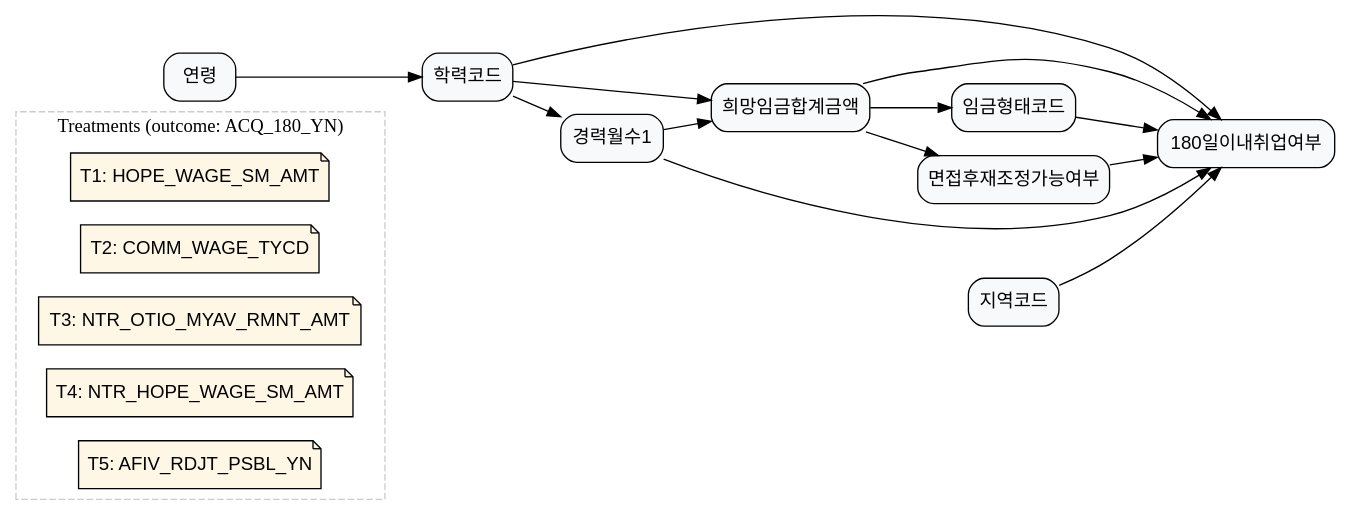
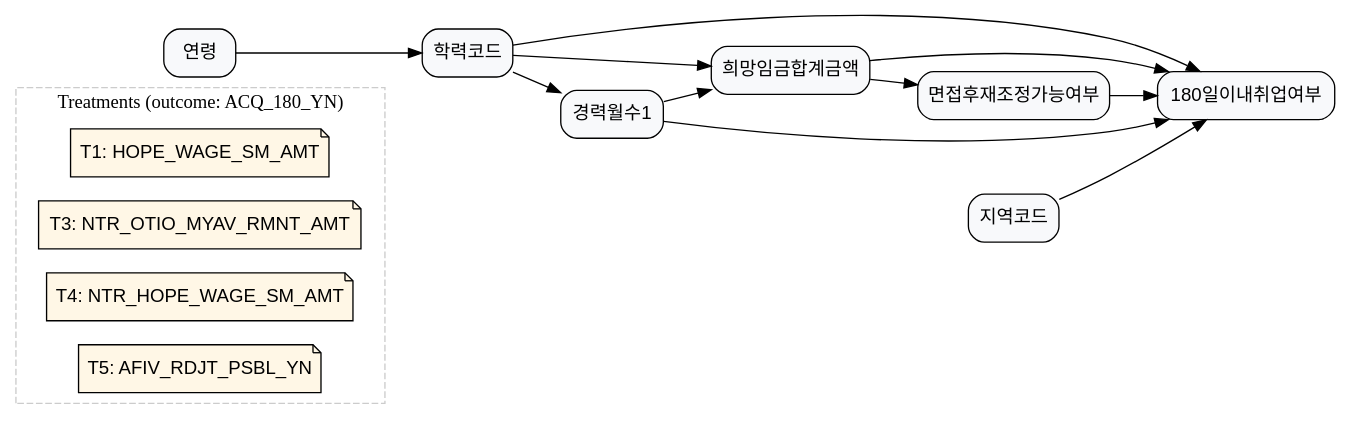
Before and after one commit to KU-LIM-Lab/dowhy-deep: the diagram in laborlab_2/data/graph_data/graph_4.dot, drawn with Graphviz. The commit also changed 17 other files, not shown here.

Commit message:
delete JO_DRNG_RATE, LAST_JSCD, COMM_WAGE_TYCD

```diff
--- a/laborlab_2/data/graph_data/graph_4.dot
+++ b/laborlab_2/data/graph_data/graph_4.dot
@@ -1,69 +1,60 @@
 digraph G {
 	graph [rankdir=LR];
 	node [fillcolor="#F8F9FB",
 		fontname=Helvetica,
 		shape=box,
 		style="rounded,filled"
 	];
 	subgraph cluster_treatments {
 		graph [color="#CCCCCC",
 			label="Treatments (outcome: ACQ_180_YN)",
 			style=dashed
 		];
 		node [fillcolor="#FFF7E6",
 			fontname=Helvetica,
 			shape=note,
 			style="rounded,filled"
 		];
 		T1	[label="T1: HOPE_WAGE_SM_AMT",
 			role=treatment_meta,
 			treatment_def="희망임금 수준 차이의 효과",
 			treatment_name=HOPE_WAGE_SM_AMT,
 			treatment_question="희망임금이 높은 사람과 낮은 사람의 6개월 내 취업 확률 차이?",
 			treatment_var=HOPE_WAGE_SM_AMT];
-		T2	[label="T2: COMM_WAGE_TYCD",
-			role=treatment_meta,
-			treatment_def="임금형태코드 차이의 효과",
-			treatment_name=COMM_WAGE_TYCD,
-			treatment_question="임금형태(월급/시급 등)가 다른 구직자 간 6개월 내 취업 확률 차이?",
-			treatment_var=COMM_WAGE_TYCD];
 		T3	[label="T3: NTR_OTIO_MYAV_RMNT_AMT",
 			role=treatment_meta,
 			treatment_def="직종×지역 중앙입직임금 수준 차이의 효과",
 			treatment_name=NTR_OTIO_MYAV_RMNT_AMT,
 			treatment_question="중앙 입직임금이 높은 환경과 낮은 환경의 구직자 6개월 내 취업 확률 차이?",
 			treatment_var=NTR_OTIO_MYAV_RMNT_AMT];
 		T4	[label="T4: NTR_HOPE_WAGE_SM_AMT",
 			role=treatment_meta,
 			treatment_def="직종×지역 중앙희망임금 수준 차이의 효과",
 			treatment_name=NTR_HOPE_WAGE_SM_AMT,
 			treatment_question="주변 구직자들의 중앙 희망임금이 높은 환경과 낮은 환경에서의 6개월 내 취업 확률 차이?",
 			treatment_var=NTR_HOPE_WAGE_SM_AMT];
 		T5	[label="T5: AFIV_RDJT_PSBL_YN",
 			role=treatment_meta,
 			treatment_def="면접후재조정가능여부 차이의 효과",
 			treatment_name=AFIV_RDJT_PSBL_YN,
 			treatment_question="임금 재조정이 가능하다고 응답한 사람과 불가능하다고 응답한 사람의 6개월 내 취업 확률 차이?",
 			treatment_var=AFIV_RDJT_PSBL_YN];
 	}
 	ACQ_180_YN	[label="180일이내취업여부"];
 	HOPE_WAGE_SM_AMT	[label=희망임금합계금액];
 	HOPE_WAGE_SM_AMT -> ACQ_180_YN;
-	COMM_WAGE_TYCD	[label=임금형태코드];
-	HOPE_WAGE_SM_AMT -> COMM_WAGE_TYCD;
 	AFIV_RDJT_PSBL_YN	[label=면접후재조정가능여부];
 	HOPE_WAGE_SM_AMT -> AFIV_RDJT_PSBL_YN;
-	COMM_WAGE_TYCD -> ACQ_180_YN;
 	AFIV_RDJT_PSBL_YN -> ACQ_180_YN;
 	AREA_CD	[label=지역코드];
 	AREA_CD -> ACQ_180_YN;
 	ACCR_CD	[label=학력코드];
 	ACCR_CD -> ACQ_180_YN;
 	ACCR_CD -> HOPE_WAGE_SM_AMT;
 	CARR_MYCT1	[label=경력월수1];
 	ACCR_CD -> CARR_MYCT1;
 	CARR_MYCT1 -> ACQ_180_YN;
 	CARR_MYCT1 -> HOPE_WAGE_SM_AMT;
 	AGE	[label=연령];
 	AGE -> ACCR_CD;
 }
```
